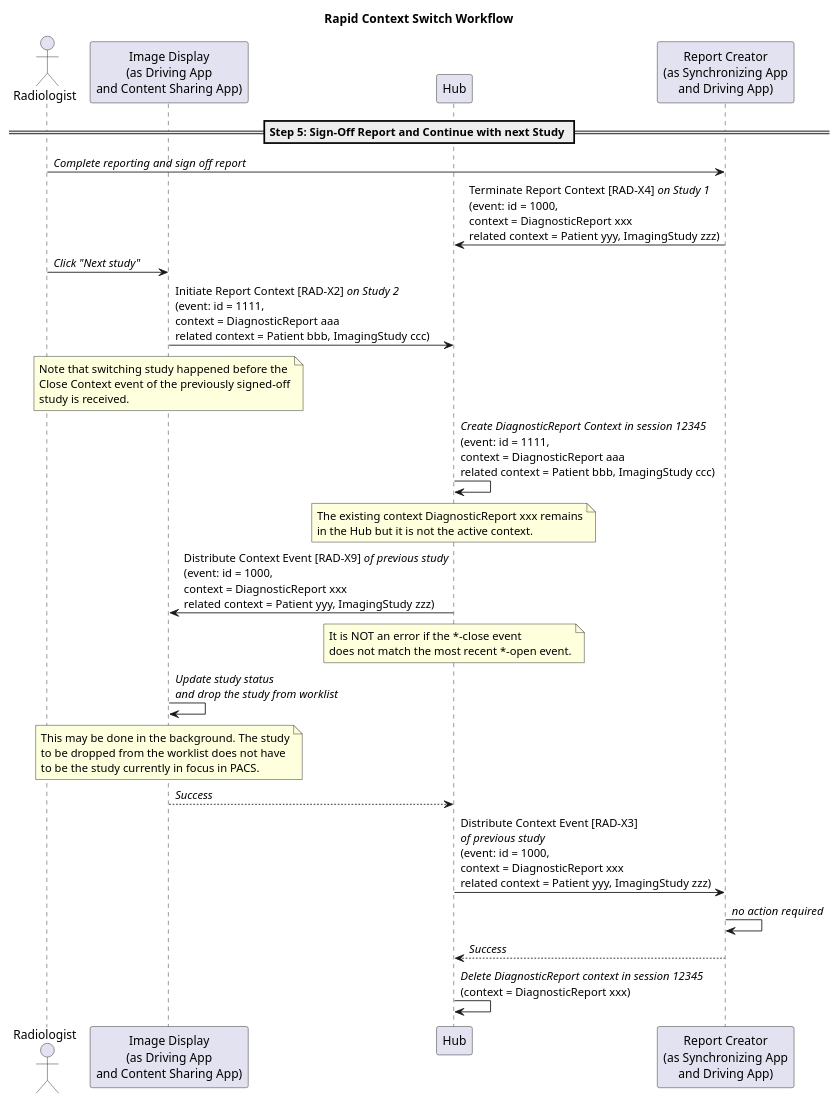
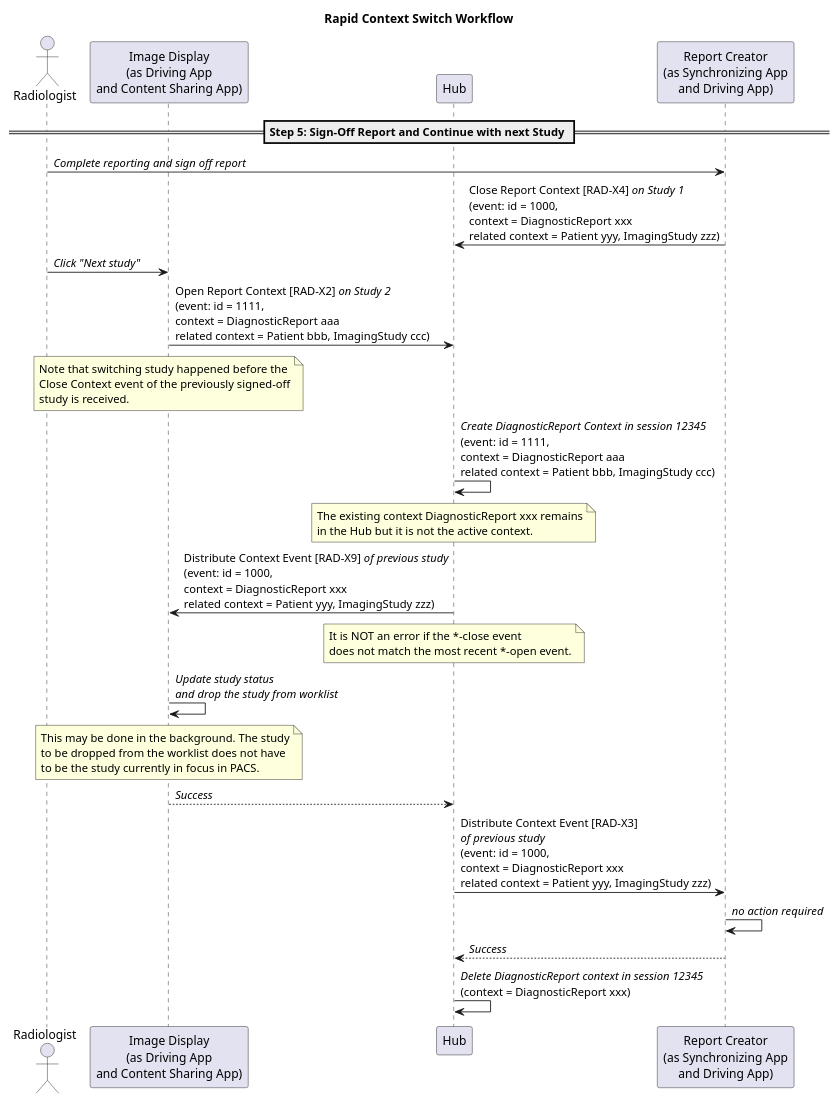
The diagram in input/images-source/rapid_switch_context.plantuml (IHE/RAD.IRA), drawn with PlantUML before and after one commit. The commit also changed 11 other files, not shown here.

Commit message:
Changed X3 and X4 to Open and Close Report Context.

```diff
--- a/input/images-source/rapid_switch_context.plantuml
+++ b/input/images-source/rapid_switch_context.plantuml
@@ -1,50 +1,50 @@
 @startuml rapid_switch_context
 
 title Rapid Context Switch Workflow
 
 actor Radiologist as User
 participant "Image Display\n(as Driving App\nand Content Sharing App)" as PACS
 participant "Hub" as Hub
 participant "Report Creator\n(as Synchronizing App\nand Driving App)" as Report
 
 == Step 5: Sign-Off Report and Continue with next Study ==
 
 User->Report: //Complete reporting and sign off report//
-Report->Hub: Terminate Report Context [RAD-X4] //on Study 1//\n(event: id = 1000,\ncontext = DiagnosticReport xxx\nrelated context = Patient yyy, ImagingStudy zzz)
+Report->Hub: Close Report Context [RAD-X4] //on Study 1//\n(event: id = 1000,\ncontext = DiagnosticReport xxx\nrelated context = Patient yyy, ImagingStudy zzz)
 
 User->PACS: //Click "Next study"//
-PACS->Hub: Initiate Report Context [RAD-X2] //on Study 2//\n(event: id = 1111,\ncontext = DiagnosticReport aaa\nrelated context = Patient bbb, ImagingStudy ccc)
+PACS->Hub: Open Report Context [RAD-X2] //on Study 2//\n(event: id = 1111,\ncontext = DiagnosticReport aaa\nrelated context = Patient bbb, ImagingStudy ccc)
 note over PACS
 Note that switching study happened before the
 Close Context event of the previously signed-off
 study is received.
 end note
 
 Hub->Hub: //Create DiagnosticReport Context in session 12345//\n(event: id = 1111,\ncontext = DiagnosticReport aaa\nrelated context = Patient bbb, ImagingStudy ccc)
 note over Hub
 The existing context DiagnosticReport xxx remains
 in the Hub but it is not the active context.
 end note
 
 Hub->PACS: Distribute Context Event [RAD-X9] //of previous study//\n(event: id = 1000,\ncontext = DiagnosticReport xxx\nrelated context = Patient yyy, ImagingStudy zzz)
 note over Hub
 It is NOT an error if the *-close event
 does not match the most recent *-open event.
 end note
 
 PACS->PACS: //Update study status//\n//and drop the study from worklist//
 note over PACS
 This may be done in the background. The study
 to be dropped from the worklist does not have
 to be the study currently in focus in PACS.
 end note
 
 PACS-->Hub: //Success//
 
 Hub->Report: Distribute Context Event [RAD-X3]\n//of previous study//\n(event: id = 1000,\ncontext = DiagnosticReport xxx\nrelated context = Patient yyy, ImagingStudy zzz)
 Report->Report: //no action required//
 Report-->Hub: //Success//
 
 Hub->Hub: //Delete DiagnosticReport context in session 12345//\n(context = DiagnosticReport xxx)
 
 @enduml
```
